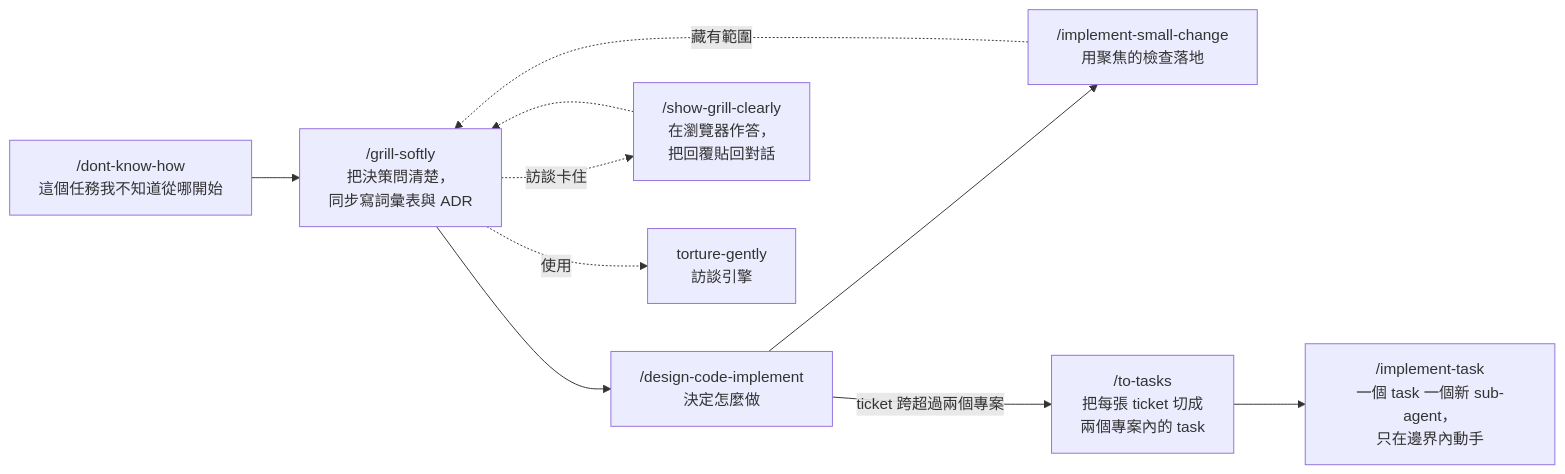
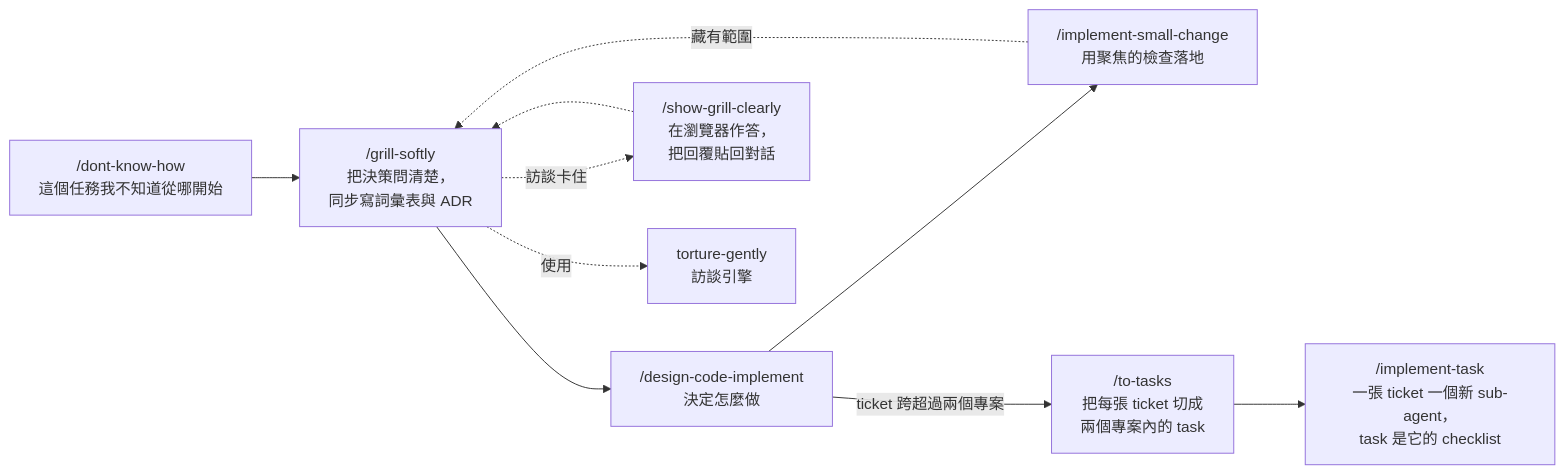
Before and after one commit to GUOJIE-HONG/skills: the diagram in README.zh-TW.md, drawn with Mermaid. The commit also changed other lines of this file and 8 other files, not shown here.

First line of the commit message:
feat(implement-task)!: 派工單位從 task 改為 ticket，一張 ticket 一個 sub-agent

````diff
--- a/README.zh-TW.md
+++ b/README.zh-TW.md
@@ -68,12 +68,12 @@
 ```mermaid
 flowchart LR
     A["/dont-know-how<br/>這個任務我不知道從哪開始"] --> B["/grill-softly<br/>把決策問清楚，<br/>同步寫詞彙表與 ADR"]
     B --> C["/design-code-implement<br/>決定怎麼做"]
     C --> D["/implement-small-change<br/>用聚焦的檢查落地"]
     C -- ticket 跨超過兩個專案 --> G["/to-tasks<br/>把每張 ticket 切成<br/>兩個專案內的 task"]
-    G --> H["/implement-task<br/>一個 task 一個新 sub-agent，<br/>只在邊界內動手"]
+    G --> H["/implement-task<br/>一張 ticket 一個新 sub-agent，<br/>task 是它的 checklist"]
     B -. 訪談卡住 .-> E["/show-grill-clearly<br/>在瀏覽器作答，<br/>把回覆貼回對話"]
     E -.-> B
     B -. 使用 .-> F["torture-gently<br/>訪談引擎"]
     D -. 藏有範圍 .-> B
 ```
````
